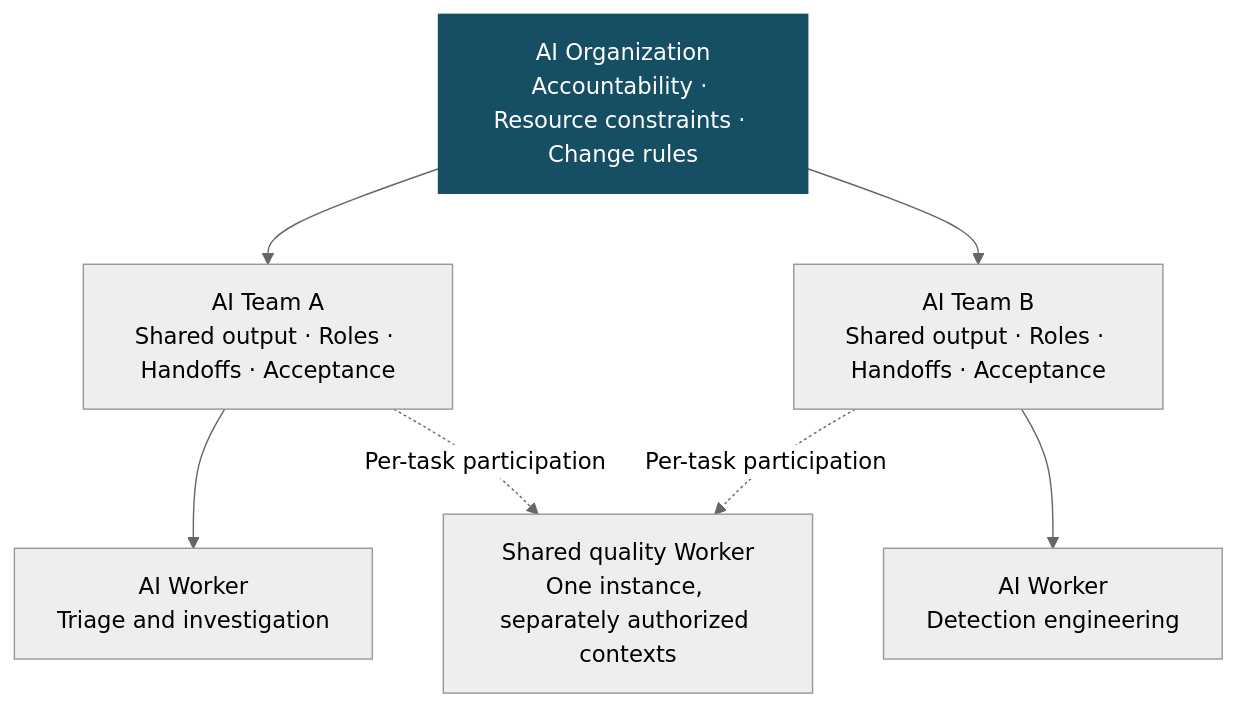
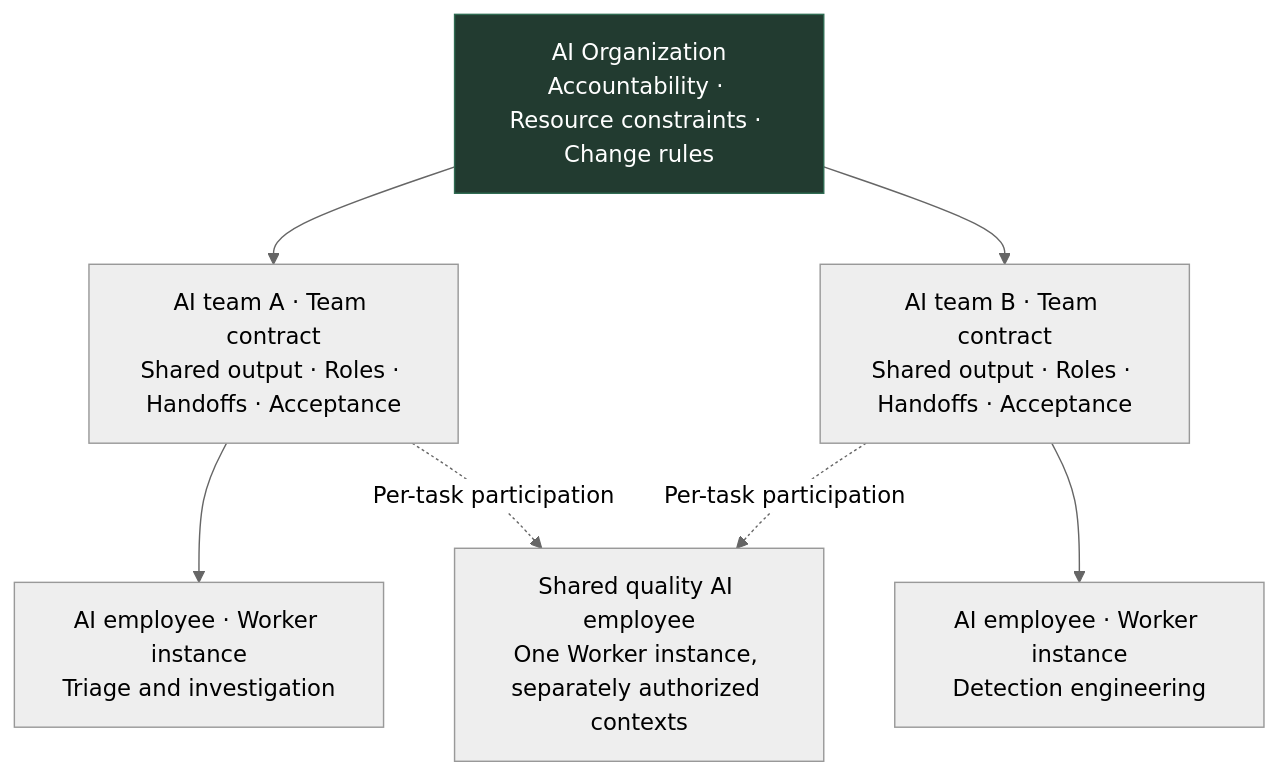
Before and after one commit to teloa-ai/ai-worker-standard: the diagram in diagrams/en/composition.mmd, drawn with Mermaid (neutral theme). The commit also changed 29 other files, not shown here.

Commit message:
docs: connect AI employee product concepts to AI Worker diagrams

```diff
--- a/diagrams/en/composition.mmd
+++ b/diagrams/en/composition.mmd
@@ -1,10 +1,11 @@
 flowchart TB
+    %% Worker, Team and Org composition using Teloa AI employees; not deployment evidence.
     O["AI Organization<br/>Accountability · Resource constraints · Change rules"]
-    O --> T1["AI Team A<br/>Shared output · Roles · Handoffs · Acceptance"]
-    O --> T2["AI Team B<br/>Shared output · Roles · Handoffs · Acceptance"]
-    T1 --> A["AI Worker<br/>Triage and investigation"]
-    T2 --> B["AI Worker<br/>Detection engineering"]
-    T1 -. "Per-task participation" .-> Q["Shared quality Worker<br/>One instance, separately authorized contexts"]
+    O --> T1["AI team A · Team contract<br/>Shared output · Roles · Handoffs · Acceptance"]
+    O --> T2["AI team B · Team contract<br/>Shared output · Roles · Handoffs · Acceptance"]
+    T1 --> A["AI employee · Worker instance<br/>Triage and investigation"]
+    T2 --> B["AI employee · Worker instance<br/>Detection engineering"]
+    T1 -. "Per-task participation" .-> Q["Shared quality AI employee<br/>One Worker instance, separately authorized contexts"]
     T2 -. "Per-task participation" .-> Q
-    classDef main fill:#164e63,color:#fff,stroke:#164e63
+    classDef main fill:#223b30,color:#fff,stroke:#2f6b52
     class O main
```
